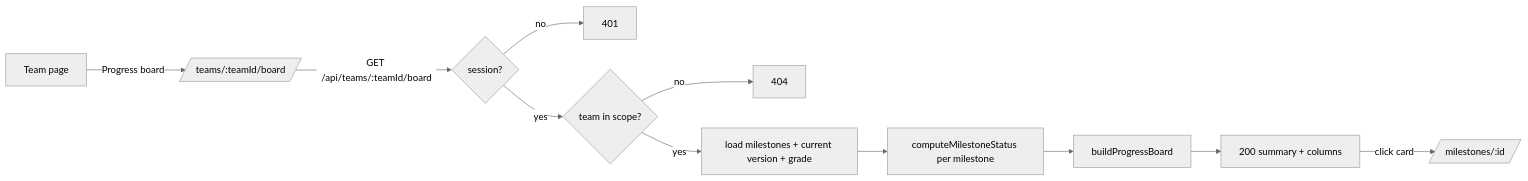
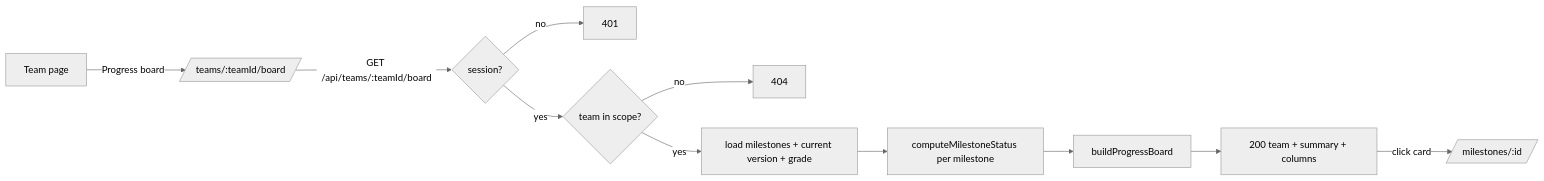
The diagram in docs/sprints/sprint-3/F-09-progress-board.md (KanPhacharawat/softwareengineering-project), drawn with Mermaid (neutral theme) before and after one commit. The commit also changed other lines of this file, not shown here.

First line of the commit message:
docs(F-09): address PR #112 review (test ID clash, team in response, headings, TEST-58 byStatus, tie case) Refs #103

````diff
--- a/docs/sprints/sprint-3/F-09-progress-board.md
+++ b/docs/sprints/sprint-3/F-09-progress-board.md
@@ -56,10 +58,10 @@
 ```mermaid
 flowchart LR
   A[Team page] -- Progress board --> B[/teams/:teamId/board/]
   B -- GET /api/teams/:teamId/board --> C{session?}
   C -- no --> E401[401]
   C -- yes --> D{team in scope?}
   D -- no --> E404[404]
-  D -- yes --> F[load milestones + current version + grade] --> G[computeMilestoneStatus per milestone] --> H[buildProgressBoard] --> I[200 summary + columns]
+  D -- yes --> F[load milestones + current version + grade] --> G[computeMilestoneStatus per milestone] --> H[buildProgressBoard] --> I[200 team + summary + columns]
   I -- click card --> J[/milestones/:id/]
 ```
````
